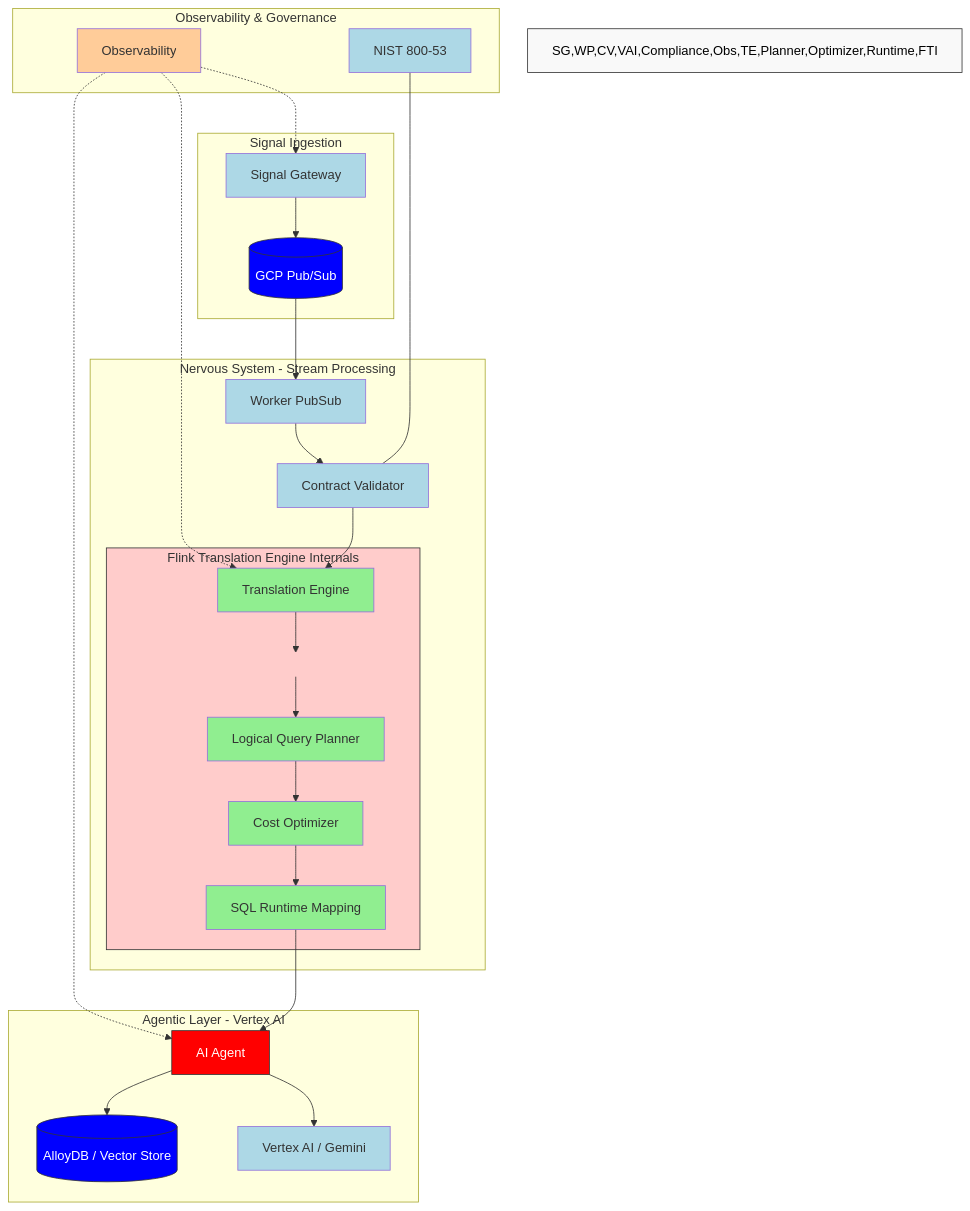
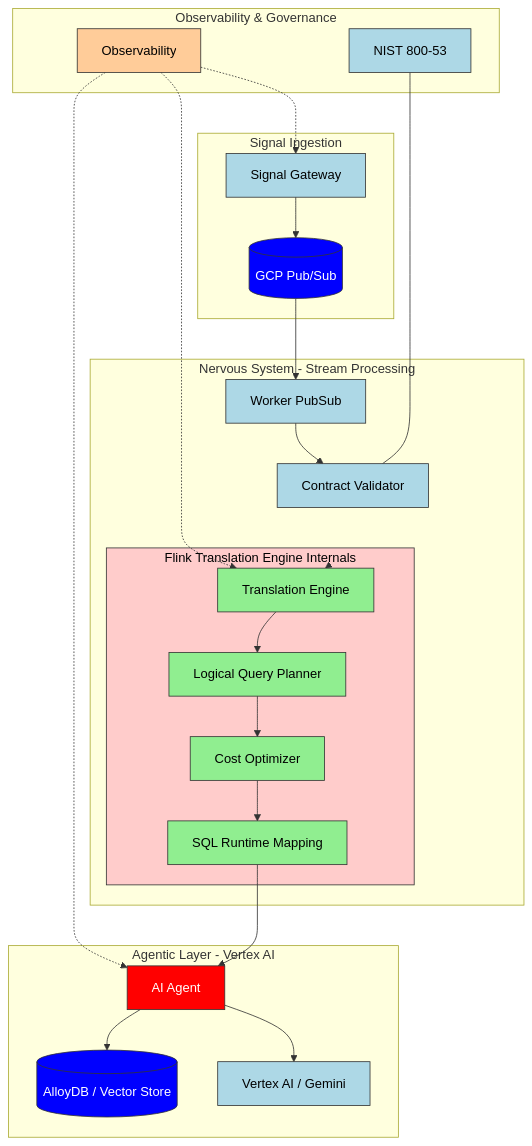
Before and after one commit to siralfbaez/mia-agentic-data-nervous-system-kfg-v3: the diagram in README.md, drawn with Mermaid.

Commit message:
Quick architectural correction

````diff
--- a/README.md
+++ b/README.md
@@ -11,54 +11,58 @@
 ```mermaid
 graph TD
     subgraph SI [Signal Ingestion]
         SG[Signal Gateway] --> PS[(GCP Pub/Sub)]
     end
 
     subgraph NS [Nervous System - Stream Processing]
         PS --> WP[Worker PubSub]
         WP --> CV[Contract Validator]
         CV --> TE[Translation Engine]
         
+        %% Invisible spacer to push the subgraph down
+        TE ~~~ spacer[ ]
+        linkStyle 3 stroke-width:0px;
+        style spacer fill:none,stroke:none,color:none
+
         subgraph FTI [Flink Translation Engine Internals]
-            %% Invisible spacer node to force vertical space
-            Spacer[ ] --> Planner[Logical Query Planner]
-            TE --> Spacer
-            
+            TE --> Planner[Logical Query Planner]
             Planner --> Optimizer[Cost Optimizer]
             Optimizer --> Runtime[SQL Runtime Mapping]
         end
     end
 
     subgraph AL [Agentic Layer - Vertex AI]
         Runtime --> AA[AI Agent]
         AA --> VAI[Vertex AI / Gemini]
         AA --> ADB[(AlloyDB / Vector Store)]
     end
 
     subgraph OG [Observability & Governance]
         Obs[Observability] -.-> SG
         Obs -.-> TE
         Obs -.-> AA
         Compliance[NIST 800-53] --- CV
     end
 
-    %% Styles
-    style SG,WP,CV,VAI,Compliance,Obs,TE,Planner,Optimizer,Runtime,FTI fill:#f9f9f9,stroke:#333,color:#000
-    style SG fill:#add8e6
-    style WP fill:#add8e6
-    style CV fill:#add8e6
-    style VAI fill:#add8e6
-    style Compliance fill:#add8e6
-    style Obs fill:#ffcc99
-    style TE fill:#90ee90
-    style Planner fill:#90ee90
-    style Optimizer fill:#90ee90
-    style Runtime fill:#90ee90
+    %% Styling
+    style SG fill:#add8e6,stroke:#333,color:#000
+    style WP fill:#add8e6,stroke:#333,color:#000
+    style CV fill:#add8e6,stroke:#333,color:#000
+    style VAI fill:#add8e6,stroke:#333,color:#000
+    style Compliance fill:#add8e6,stroke:#333,color:#000
+    
+    style Obs fill:#ffcc99,stroke:#333,color:#000
+    
+    style TE fill:#90ee90,stroke:#333,color:#000
+    style Planner fill:#90ee90,stroke:#333,color:#000
+    style Optimizer fill:#90ee90,stroke:#333,color:#000
+    style Runtime fill:#90ee90,stroke:#333,color:#000
+    
     style AA fill:#ff0000,stroke:#333,color:#fff
     style PS fill:#0000ff,stroke:#333,color:#fff
     style ADB fill:#0000ff,stroke:#333,color:#fff
-    style FTI fill:#ffcccb,stroke:#333
 
-    %% Hide the spacer node visually
-    style Spacer fill:transparent,stroke:none,color:transparent
+    style FTI fill:#ffcccb,stroke:#333,color:#000
+    
+
 ```
````
